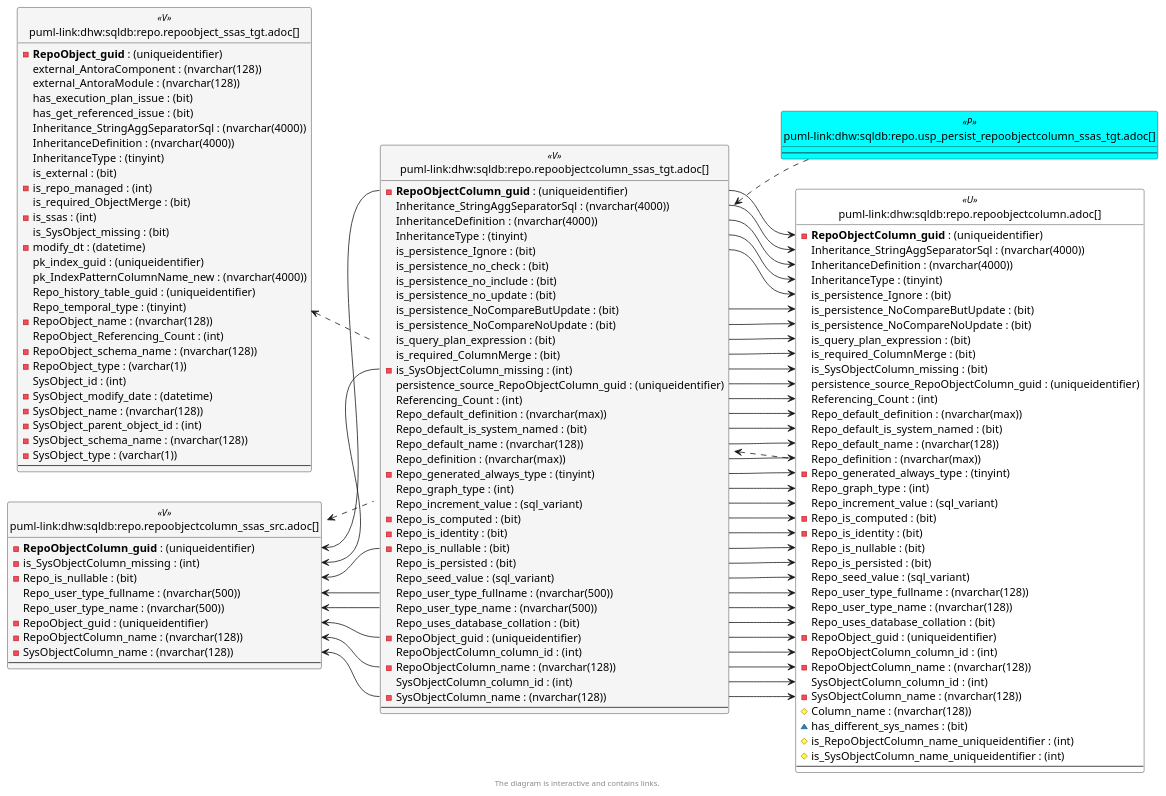
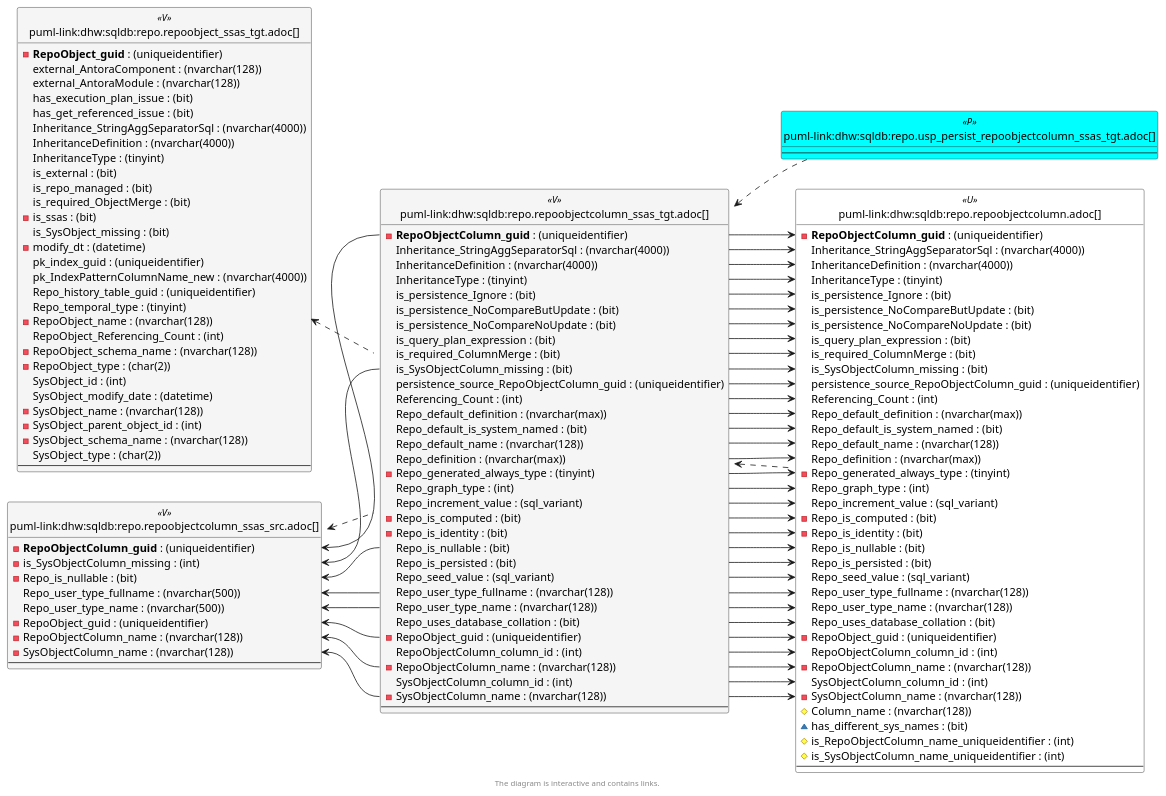
The sixth of 6 diagrams in docs/modules/sqldb/partials/content/repo.repoobjectcolumn_ssas_tgt.adoc (DataHandwerk/dhw-antora-sqldb), drawn with PlantUML before and after one commit. The commit also changed other lines of this file and 641 other files, not shown here.

```diff
--- a/docs/modules/sqldb/partials/content/repo.repoobjectcolumn_ssas_tgt.adoc
+++ b/docs/modules/sqldb/partials/content/repo.repoobjectcolumn_ssas_tgt.adoc
@@ -3346,9 +3343,9 @@
   InheritanceDefinition : (nvarchar(4000))
   InheritanceType : (tinyint)
   is_external : (bit)
-  - is_repo_managed : (int)
+  is_repo_managed : (bit)
   is_required_ObjectMerge : (bit)
-  - is_ssas : (int)
+  - is_ssas : (bit)
   is_SysObject_missing : (bit)
   - modify_dt : (datetime)
   pk_index_guid : (uniqueidentifier)
@@ -3358,13 +3355,13 @@
   - RepoObject_name : (nvarchar(128))
   RepoObject_Referencing_Count : (int)
   - RepoObject_schema_name : (nvarchar(128))
-  - RepoObject_type : (varchar(1))
+  - RepoObject_type : (char(2))
   SysObject_id : (int)
-  - SysObject_modify_date : (datetime)
+  SysObject_modify_date : (datetime)
   - SysObject_name : (nvarchar(128))
   - SysObject_parent_object_id : (int)
   - SysObject_schema_name : (nvarchar(128))
-  - SysObject_type : (varchar(1))
+  SysObject_type : (char(2))
   --
 }
 
@@ -3426,14 +3423,11 @@
   InheritanceDefinition : (nvarchar(4000))
   InheritanceType : (tinyint)
   is_persistence_Ignore : (bit)
-  is_persistence_no_check : (bit)
-  is_persistence_no_include : (bit)
-  is_persistence_no_update : (bit)
   is_persistence_NoCompareButUpdate : (bit)
   is_persistence_NoCompareNoUpdate : (bit)
   is_query_plan_expression : (bit)
   is_required_ColumnMerge : (bit)
-  - is_SysObjectColumn_missing : (int)
+  is_SysObjectColumn_missing : (bit)
   persistence_source_RepoObjectColumn_guid : (uniqueidentifier)
   Referencing_Count : (int)
   Repo_default_definition : (nvarchar(max))
@@ -3445,11 +3439,11 @@
   Repo_increment_value : (sql_variant)
   - Repo_is_computed : (bit)
   - Repo_is_identity : (bit)
-  - Repo_is_nullable : (bit)
+  Repo_is_nullable : (bit)
   Repo_is_persisted : (bit)
   Repo_seed_value : (sql_variant)
-  Repo_user_type_fullname : (nvarchar(500))
-  Repo_user_type_name : (nvarchar(500))
+  Repo_user_type_fullname : (nvarchar(128))
+  Repo_user_type_name : (nvarchar(128))
   Repo_uses_database_collation : (bit)
   - RepoObject_guid : (uniqueidentifier)
   RepoObjectColumn_column_id : (int)
```
